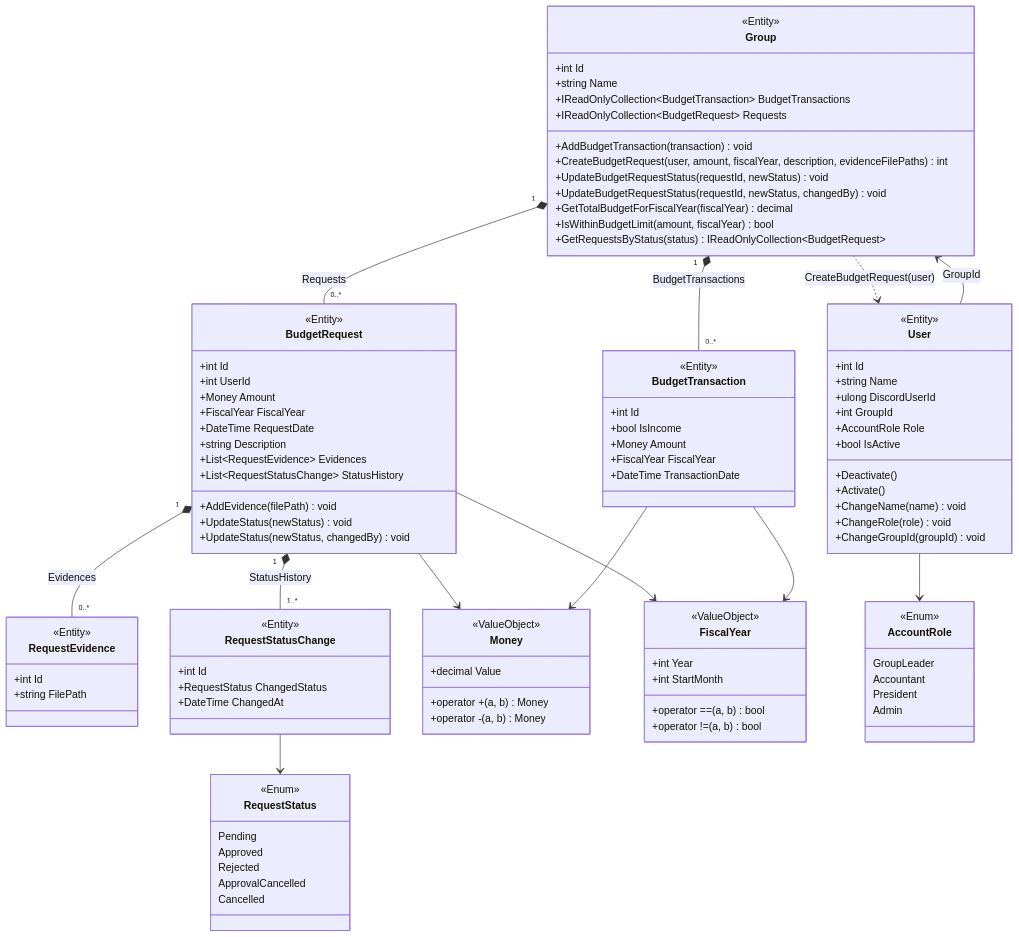
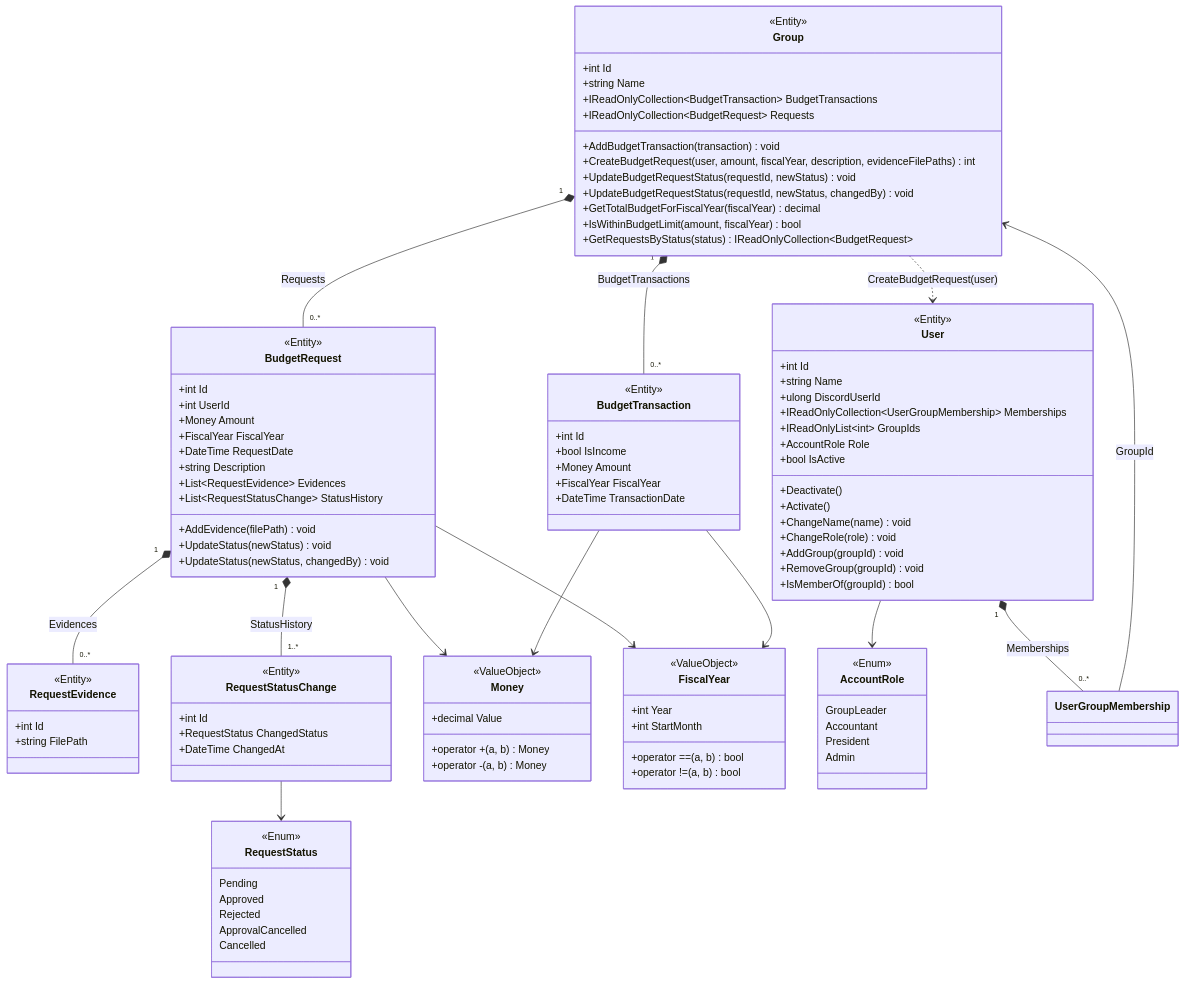
The second of 2 diagrams in docs/design.md (CASru-IT/BudgetManagementBotSystem), drawn with Mermaid before and after one commit. The commit also changed other lines of this file and 48 other files, not shown here.

Commit message:
Support multiple group memberships and migrate existing assignments

````diff
--- a/docs/design.md
+++ b/docs/design.md
@@ -202,14 +208,17 @@
   +int Id
   +string Name
   +ulong DiscordUserId
-  +int GroupId
+  +IReadOnlyCollection~UserGroupMembership~ Memberships
+  +IReadOnlyList~int~ GroupIds
   +AccountRole Role
   +bool IsActive
   +Deactivate()
   +Activate()
   +ChangeName(name) void
   +ChangeRole(role) void
-  +ChangeGroupId(groupId) void
+  +AddGroup(groupId) void
+  +RemoveGroup(groupId) void
+  +IsMemberOf(groupId) bool
 }
 
 class Money {
@@ -254,6 +263,7 @@
 BudgetTransaction --> FiscalYear
 RequestStatusChange --> RequestStatus
 User --> AccountRole
-User --> Group : GroupId
+User "1" *-- "0..*" UserGroupMembership : Memberships
+UserGroupMembership --> Group : GroupId
 Group ..> User : CreateBudgetRequest(user)
 ```
````
